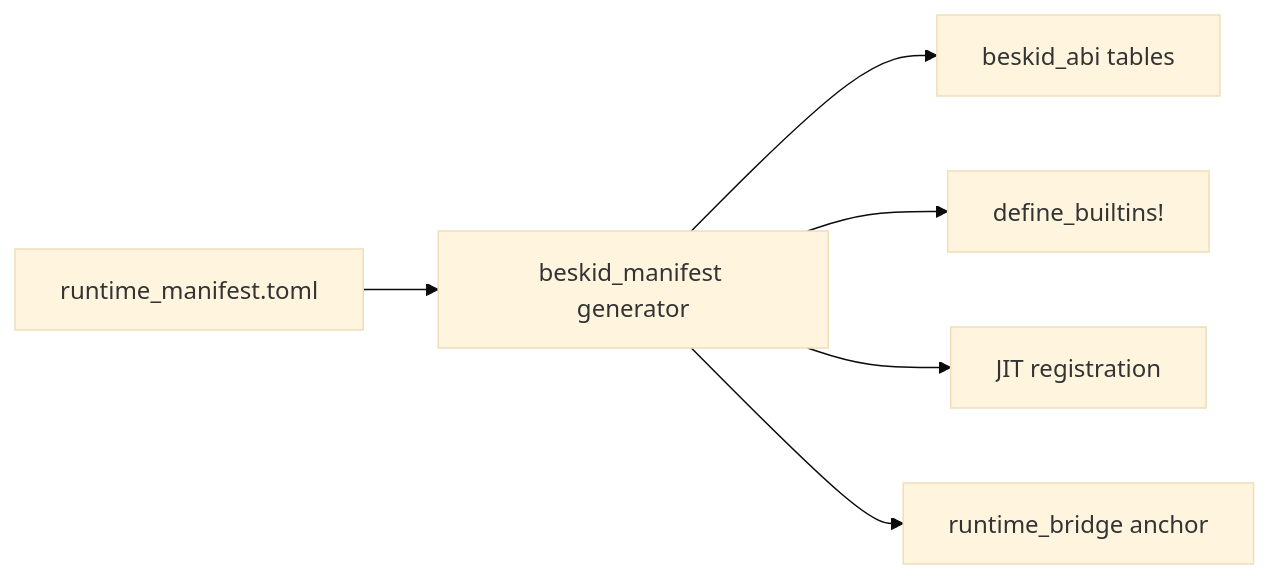
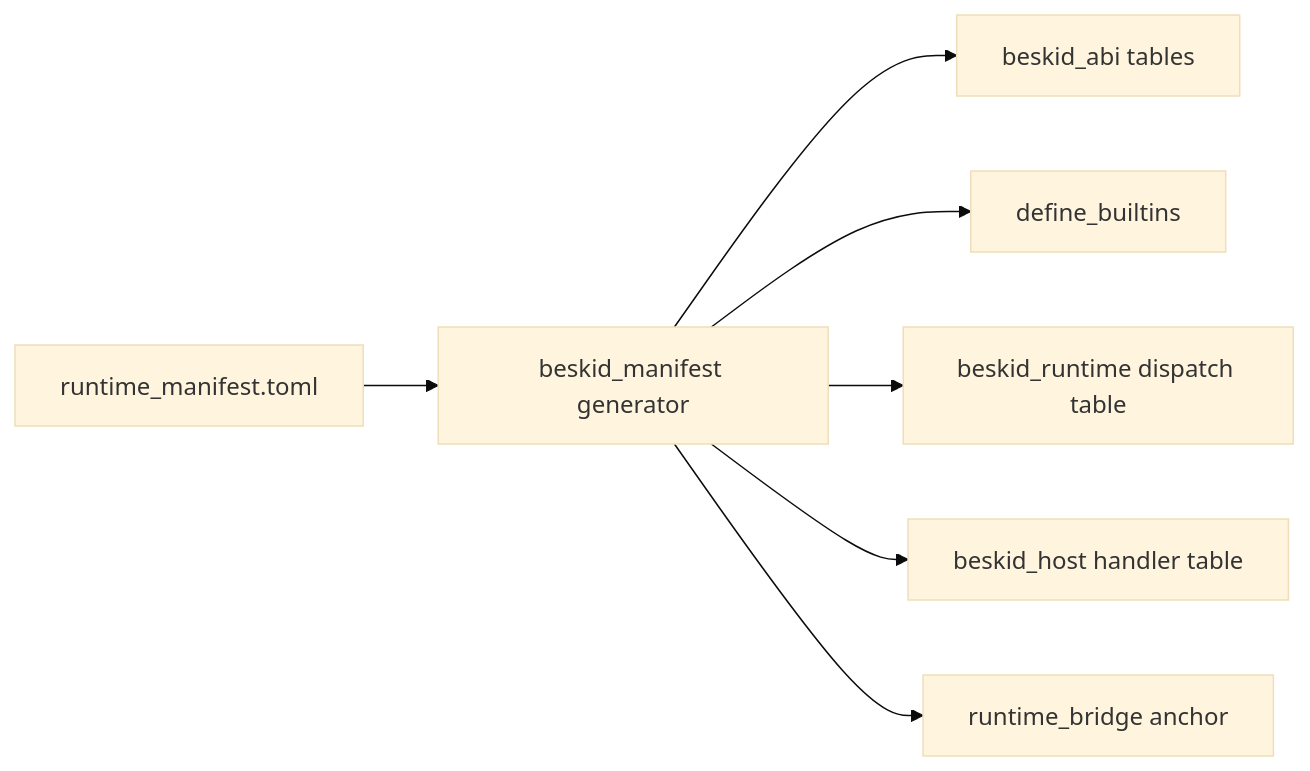
The diagram in site/website/src/content/docs/platform-spec/language-meta/interop/rust-abi-profile/runtime-manifest.mdx (Cyber-Nomad-Collective/beskid), drawn with Mermaid (base theme) before and after one commit. The commit also changed other lines of this file and 5 other files, not shown here.

Commit message:
Further work on runtime and beskid boundary

````diff
--- a/site/website/src/content/docs/platform-spec/language-meta/interop/rust-abi-profile/runtime-manifest.mdx
+++ b/site/website/src/content/docs/platform-spec/language-meta/interop/rust-abi-profile/runtime-manifest.mdx
@@ -66,14 +110,16 @@
 ```mermaid
 flowchart LR
   manifest[runtime_manifest.toml]
   gen[beskid_manifest generator]
   abi[beskid_abi tables]
-  analysis[define_builtins!]
-  jit[JIT registration]
+  analysis[define_builtins]
+  runtime[beskid_runtime dispatch table]
+  host[beskid_host handler table]
   bridge[runtime_bridge anchor]
   manifest --> gen
   gen --> abi
   gen --> analysis
-  gen --> jit
+  gen --> runtime
+  gen --> host
   gen --> bridge
 ```
````
